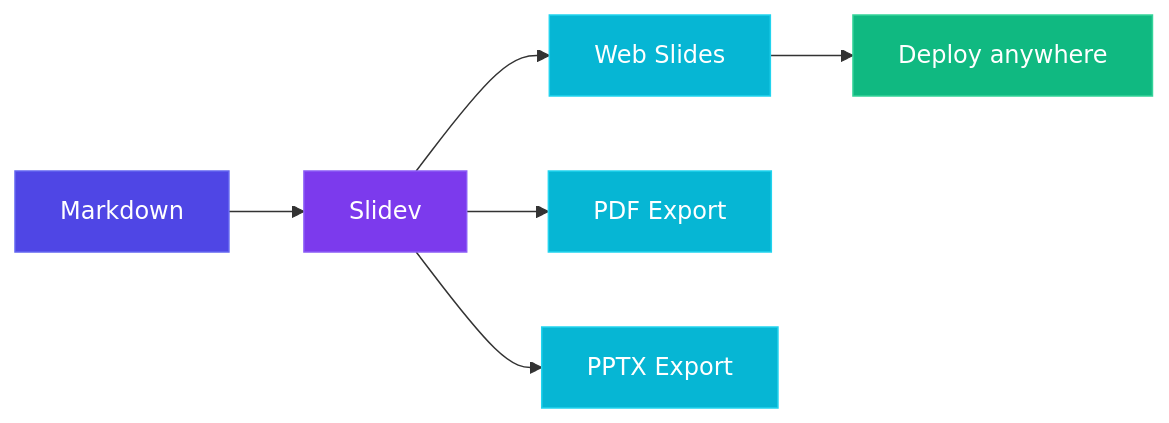
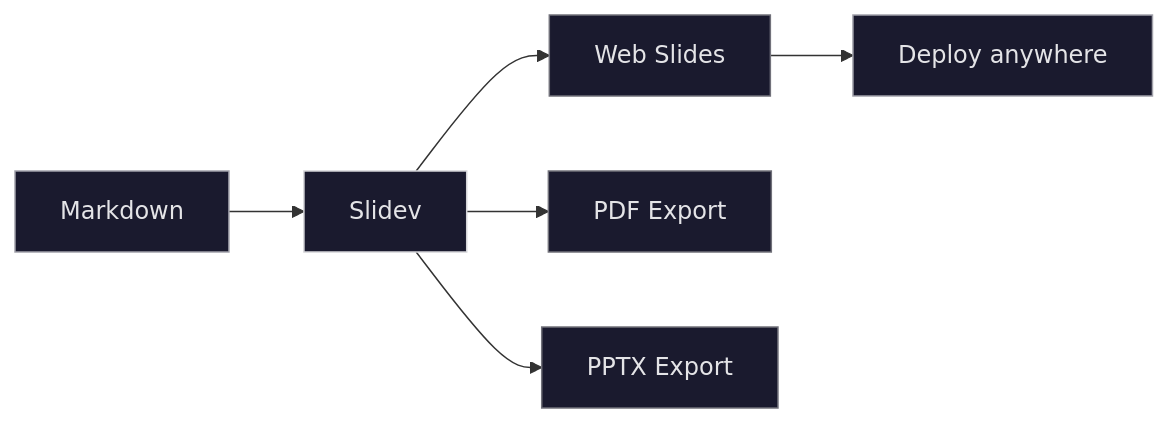
One commit to salman1993/slides changed the diagram in example/slides.md. Above: the diagram before and after it, drawn with Mermaid. The commit also changed other lines of this file and 3 other files, not shown here.

````diff
--- a/example/slides.md
+++ b/example/slides.md
@@ -211,15 +214,15 @@
 ```mermaid
 graph LR
     A[Markdown] --> B[Slidev]
     B --> C[Web Slides]
     B --> D[PDF Export]
     B --> E[PPTX Export]
     C --> F[Deploy anywhere]
 
-    style A fill:#4f46e5,stroke:#6366f1,color:#fff
-    style B fill:#7c3aed,stroke:#8b5cf6,color:#fff
-    style C fill:#06b6d4,stroke:#22d3ee,color:#fff
-    style D fill:#06b6d4,stroke:#22d3ee,color:#fff
-    style E fill:#06b6d4,stroke:#22d3ee,color:#fff
-    style F fill:#10b981,stroke:#34d399,color:#fff
+    style A fill:#1a1a2e,stroke:#a1a1aa,color:#e4e4e7
+    style B fill:#1a1a2e,stroke:#d4d4d8,color:#e4e4e7
+    style C fill:#1a1a2e,stroke:#71717a,color:#e4e4e7
+    style D fill:#1a1a2e,stroke:#71717a,color:#e4e4e7
+    style E fill:#1a1a2e,stroke:#71717a,color:#e4e4e7
+    style F fill:#1a1a2e,stroke:#a1a1aa,color:#e4e4e7
 ```
````
